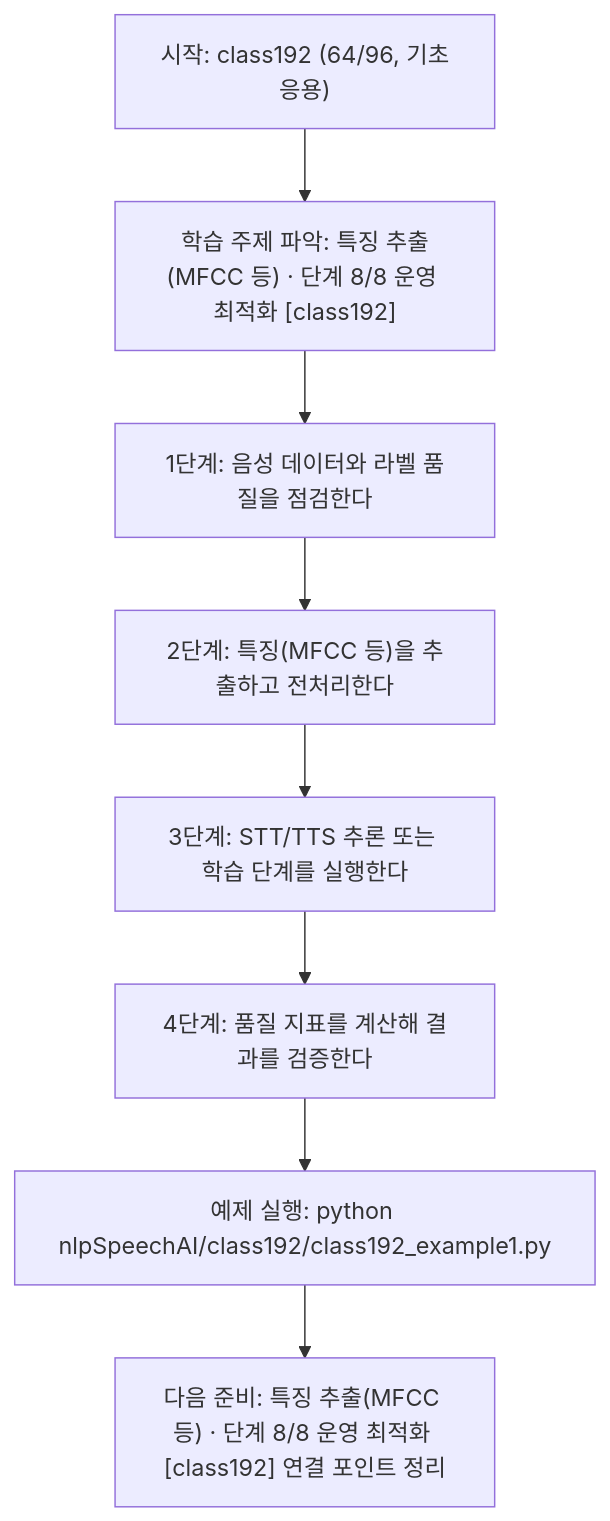
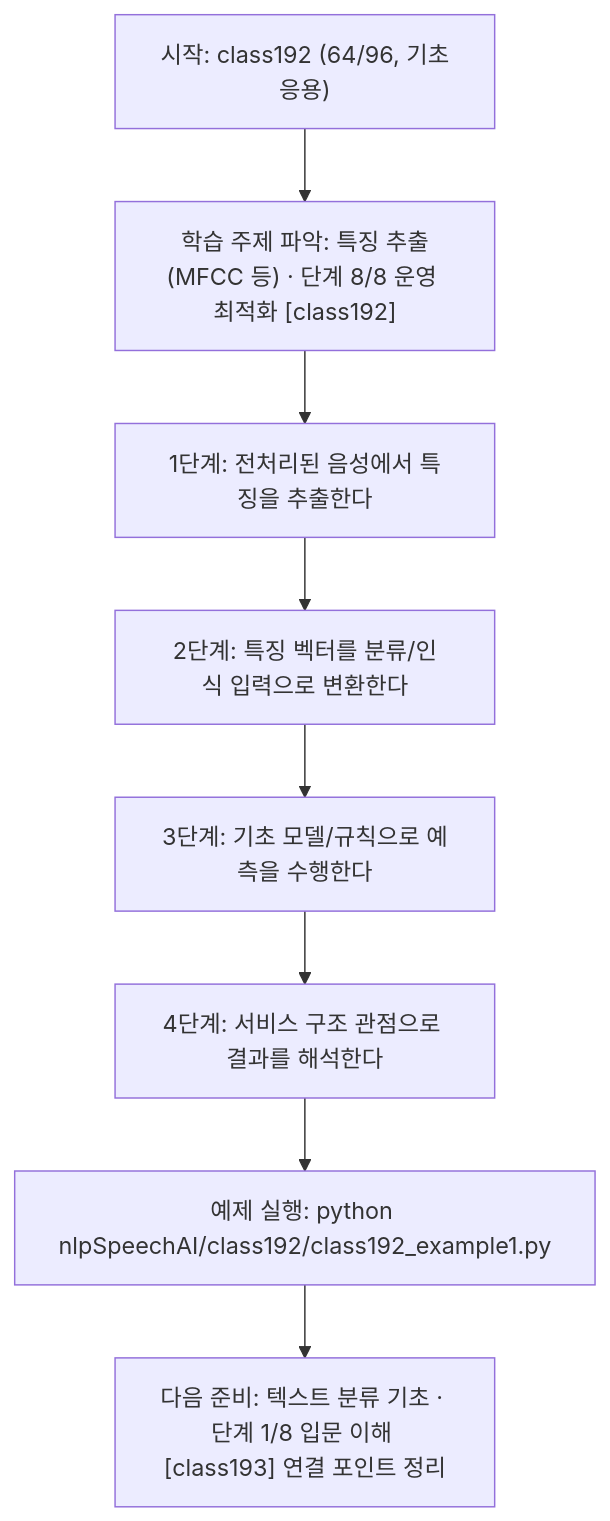
The diagram in nlpSpeechAI/class192/class192.md (edumgt/Python-AI_Agent-Class), drawn with Mermaid before and after one commit. The commit also changed other lines of this file and 1122 other files, not shown here.

````diff
--- a/nlpSpeechAI/class192/class192.md
+++ b/nlpSpeechAI/class192/class192.md
@@ -114,18 +95,18 @@
 ```mermaid
 flowchart TD
 N1["시작: class192 (64/96, 기초응용)"]
 N2["학습 주제 파악: 특징 추출(MFCC 등) · 단계 8/8 운영 최적화 [class192]"]
-N3["1단계: 음성 데이터와 라벨 품질을 점검한다"]
-N4["2단계: 특징(MFCC 등)을 추출하고 전처리한다"]
-N5["3단계: STT/TTS 추론 또는 학습 단계를 실행한다"]
-N6["4단계: 품질 지표를 계산해 결과를 검증한다"]
+N3["1단계: 전처리된 음성에서 특징을 추출한다"]
+N4["2단계: 특징 벡터를 분류/인식 입력으로 변환한다"]
+N5["3단계: 기초 모델/규칙으로 예측을 수행한다"]
+N6["4단계: 서비스 구조 관점으로 결과를 해석한다"]
 N7["예제 실행: python nlpSpeechAI/class192/class192_example1.py"]
-N8["다음 준비: 특징 추출(MFCC 등) · 단계 8/8 운영 최적화 [class192] 연결 포인트 정리"]
+N8["다음 준비: 텍스트 분류 기초 · 단계 1/8 입문 이해 [class193] 연결 포인트 정리"]
 N1 --> N2
 N2 --> N3
 N3 --> N4
 N4 --> N5
 N5 --> N6
 N6 --> N7
 N7 --> N8
 ```
````
